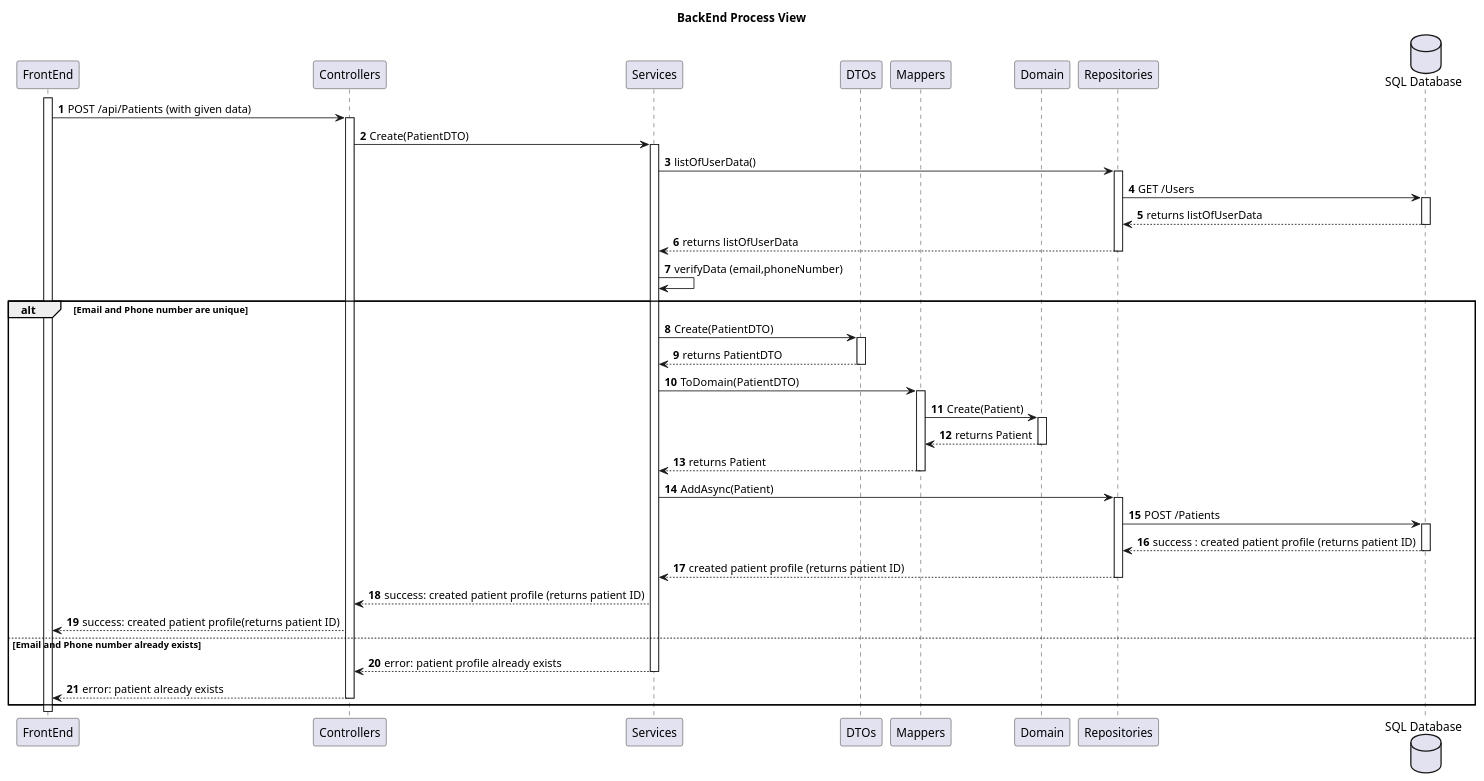
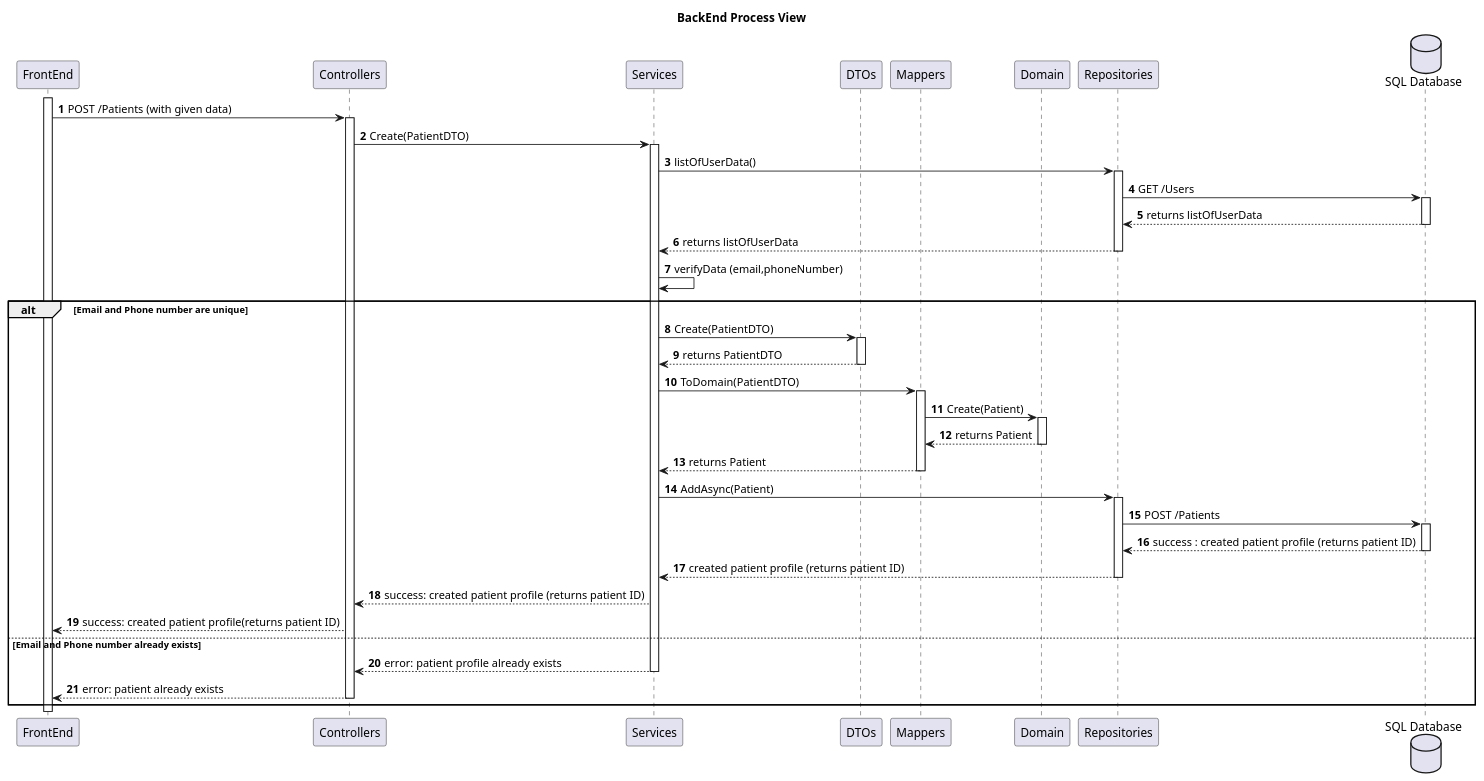
The diagram in Wiki/SprintA/diagrams/use-cases/12-create-patient-profile/level3/backend-process-view.puml (MiguelCardoso77/SurgicalSync-BackEnd), drawn with PlantUML before and after one commit. The commit also changed 4 other files, not shown here.

```diff
--- a/Wiki/SprintA/diagrams/use-cases/12-create-patient-profile/level3/backend-process-view.puml
+++ b/Wiki/SprintA/diagrams/use-cases/12-create-patient-profile/level3/backend-process-view.puml
@@ -1,82 +1,83 @@
 @startuml
 autonumber
 
 title BackEnd Process View
 
 participant "FrontEnd" as FE
 participant "Controllers" as CN
 participant "Services" as SV
 participant "DTOs" as DTO
 participant "Mappers" as MP
 participant "Domain" as DM
 participant "Repositories" as REPO
 database "SQL Database" as SQL
 
 activate FE
-    FE -> CN: POST /api/Patients (with given data)
+
+    FE -> CN: POST /Patients (with given data)
     activate CN
         
         CN -> SV : Create(PatientDTO)
         activate SV
         
             SV -> REPO : listOfUserData()
             activate REPO 
             
                 REPO -> SQL : GET /Users
                 activate SQL
                 
                     SQL --> REPO: returns listOfUserData
                 deactivate SQL
                 
                 REPO --> SV: returns listOfUserData
             deactivate REPO
         
         SV -> SV : verifyData (email,phoneNumber)
         
     alt Email and Phone number are unique
 
             SV -> DTO : Create(PatientDTO)
             activate DTO
     
                 DTO --> SV : returns PatientDTO
             deactivate DTO
             
             SV -> MP : ToDomain(PatientDTO)
             activate MP
             
                 MP -> DM : Create(Patient)
                 activate DM
                 
                     DM --> MP : returns Patient   
                 deactivate DM
                 
                 MP --> SV : returns Patient
             deactivate MP
             
             SV -> REPO : AddAsync(Patient)
             activate REPO
                     
                 REPO -> SQL : POST /Patients
                 activate SQL
                     
                     SQL --> REPO : success : created patient profile (returns patient ID)
                 deactivate SQL
                     
                 REPO --> SV : created patient profile (returns patient ID)
             deactivate REPO
           
             SV --> CN : success: created patient profile (returns patient ID)
             
     FE <-- CN: success: created patient profile(returns patient ID) 
 
     else Email and Phone number already exists
             
              SV --> CN : error: patient profile already exists
         deactivate SV
         
     FE <-- CN: error: patient already exists
     deactivate CN                
     
 end
 
 @enduml
```
